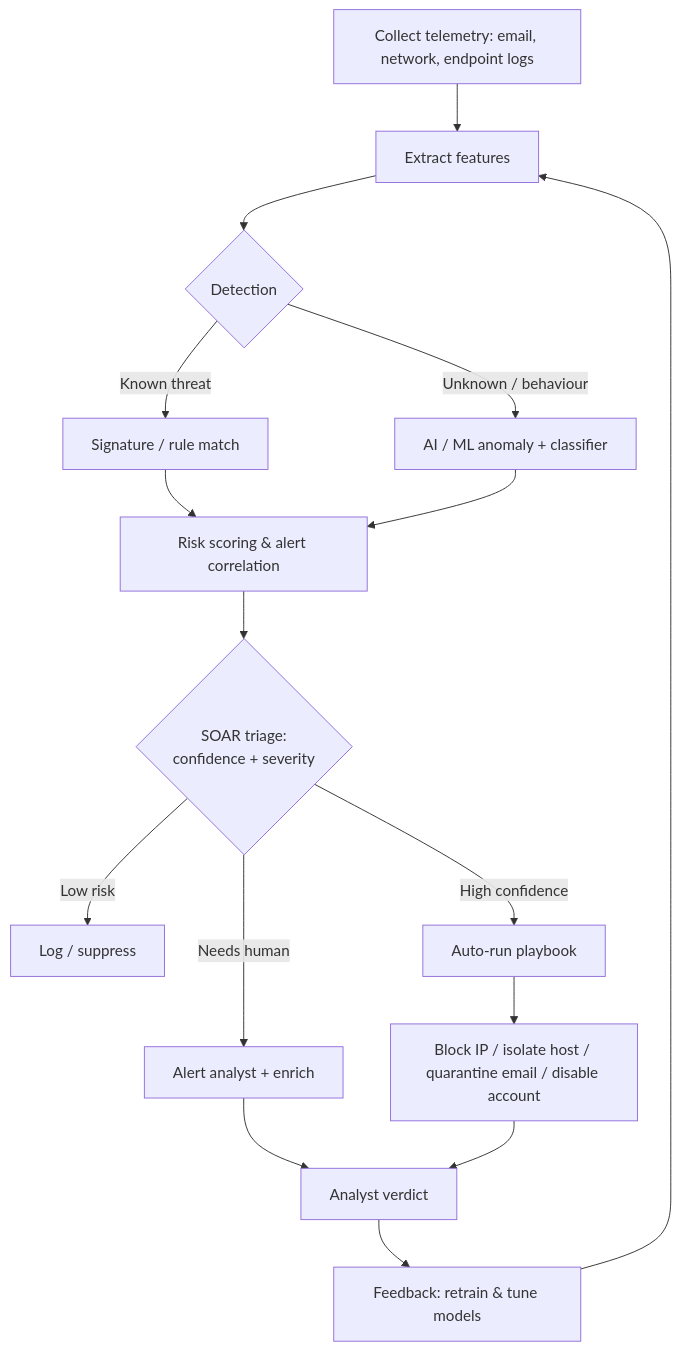
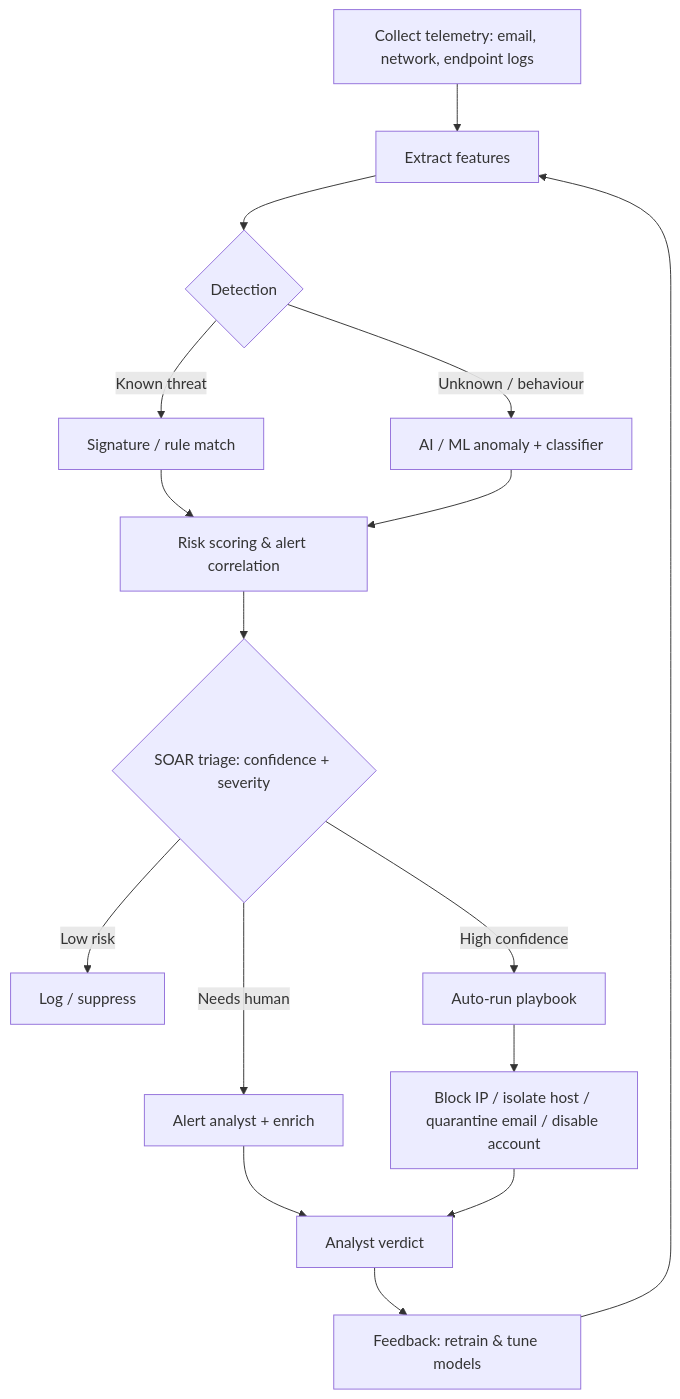
The second of 3 diagrams in 05-ai-for-cyber-security/module-03-ai-in-cyber-defence-mechanisms.md (AbhisHub-12/ccsp), drawn with Mermaid before and after one commit. The commit also changed other lines of this file and 18 other files, not shown here.

````diff
--- a/05-ai-for-cyber-security/module-03-ai-in-cyber-defence-mechanisms.md
+++ b/05-ai-for-cyber-security/module-03-ai-in-cyber-defence-mechanisms.md
@@ -82,18 +112,18 @@
 ```mermaid
 flowchart TD
     A[Collect telemetry: email, network, endpoint logs] --> B[Extract features]
     B --> C{Detection}
     C -->|Known threat| D[Signature / rule match]
     C -->|Unknown / behaviour| E[AI / ML anomaly + classifier]
     D --> F[Risk scoring & alert correlation]
     E --> F
-    F --> G{SOAR triage:\nconfidence + severity}
+    F --> G{SOAR triage: confidence + severity}
     G -->|Low risk| H[Log / suppress]
     G -->|Needs human| I[Alert analyst + enrich]
     G -->|High confidence| J[Auto-run playbook]
     J --> K[Block IP / isolate host / quarantine email / disable account]
     I --> L[Analyst verdict]
     K --> L
     L --> M[Feedback: retrain & tune models]
     M --> B
 ```
````
